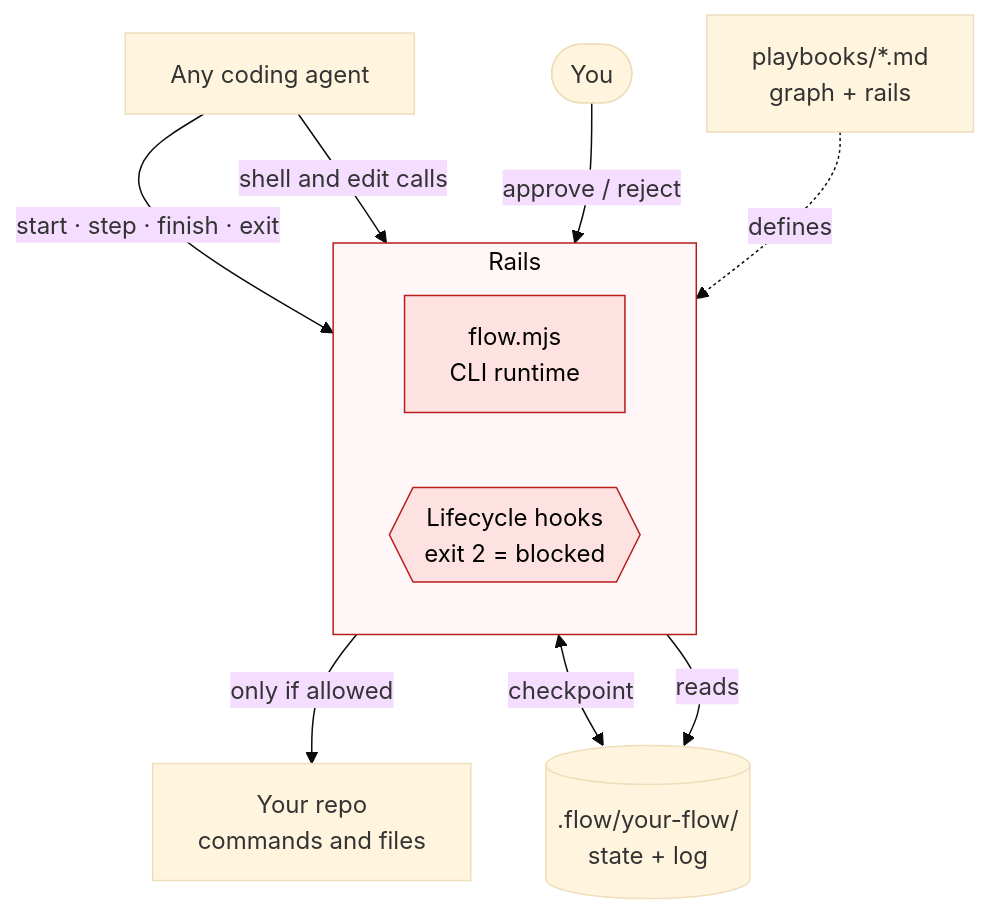
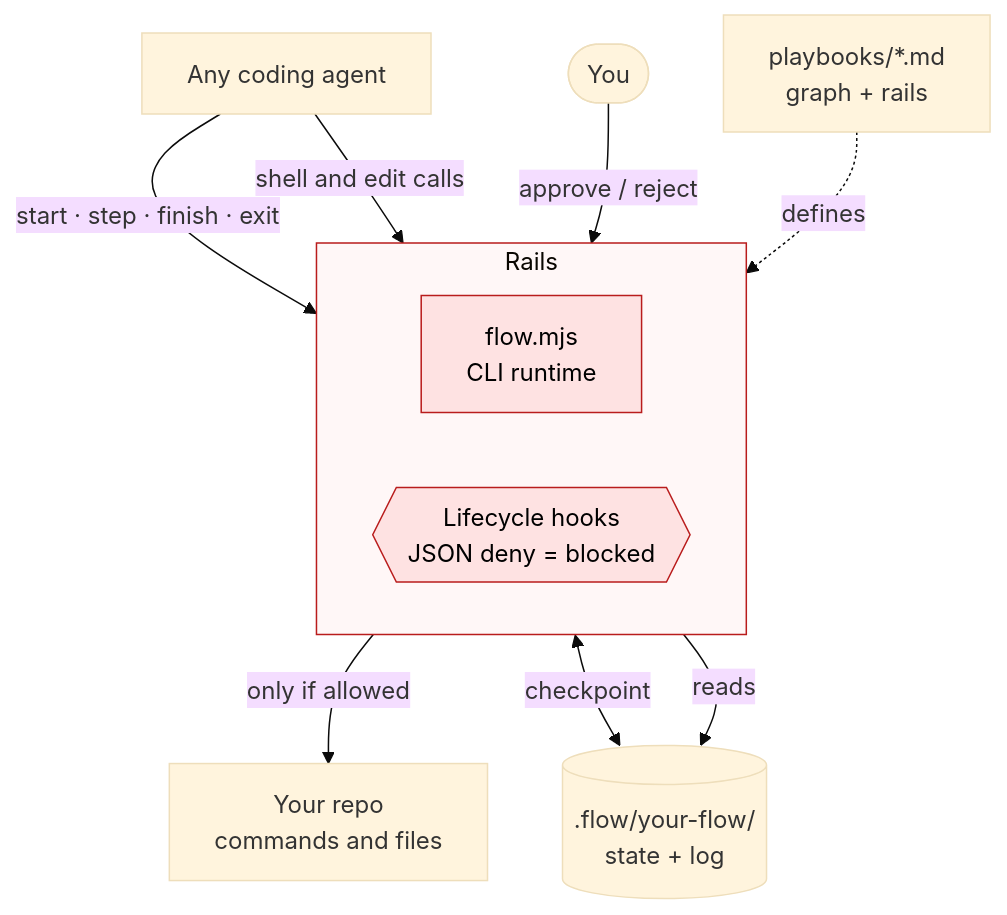
One commit to zwire/vajra changed the second of 6 diagrams in README.md. Above: the diagram before and after it, drawn with Mermaid (base theme). The commit also changed other lines of this file and 12 other files, not shown here.

````diff
--- a/README.md
+++ b/README.md
@@ -149,23 +149,23 @@
 ```mermaid
 flowchart TB
   you(["You"])
   M["Any coding agent"]
   subgraph rails ["Rails"]
     direction LR
     F["flow.mjs<br/>CLI runtime"]
-    K{{"Lifecycle hooks<br/>exit 2 = blocked"}}
+    K{{"Lifecycle hooks<br/>JSON deny = blocked"}}
   end
   G["playbooks/*.md<br/>graph + rails"]
   S[(".flow/your-flow/<br/>state + log")]
   X["Your repo<br/>commands and files"]
   M -- "start · step · finish · exit" --> F
   M -- "shell and edit calls" --> K
   you -- "approve / reject" --> K
   K -- "only if allowed" --> X
   G -. "defines" .-> rails
   F <-- "checkpoint" --> S
   K -- "reads" --> S
   classDef rail fill:#fee2e2,stroke:#b91c1c,color:#000
   class F,K rail
   style rails fill:#fff7f7,stroke:#b91c1c
 ```
````
